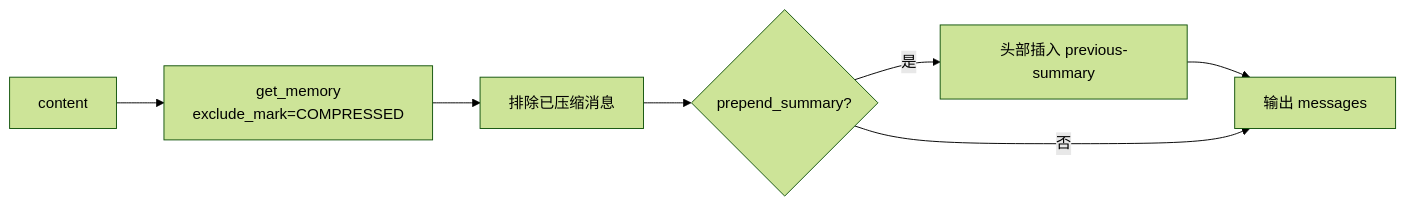
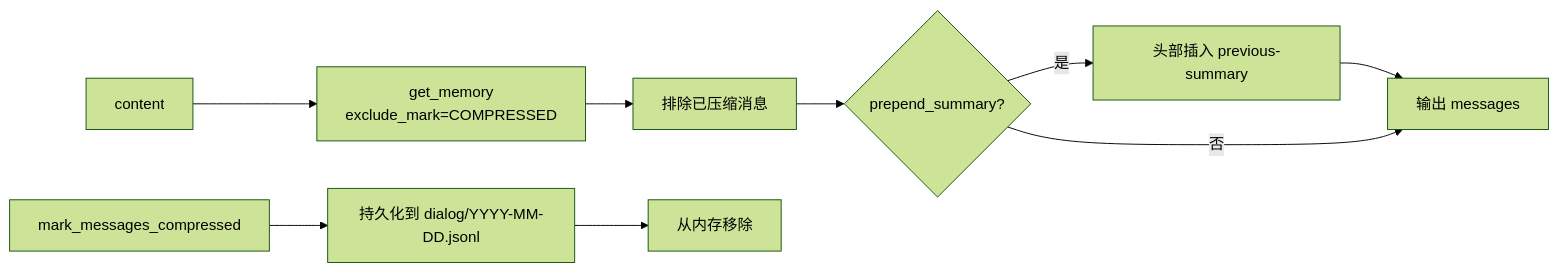
One commit to lllyyysss77/ReMe changed the seventh of 9 diagrams in README_ZH.md. Above: the diagram before and after it, drawn with Mermaid (forest theme). The commit also changed other lines of this file and 29 other files, not shown here.

````diff
--- a/README_ZH.md
+++ b/README_ZH.md
@@ -330,9 +347,11 @@
 ```mermaid
 graph LR
     C[content] --> G[get_memory<br>exclude_mark=COMPRESSED]
     G --> F[排除已压缩消息]
     F --> P{prepend_summary?}
     P -->|是| S[头部插入 previous-summary]
     S --> O[输出 messages]
     P -->|否| O
+    M[mark_messages_compressed] --> D[持久化到 dialog/YYYY-MM-DD.jsonl]
+    D --> R[从内存移除]
 ```
````
